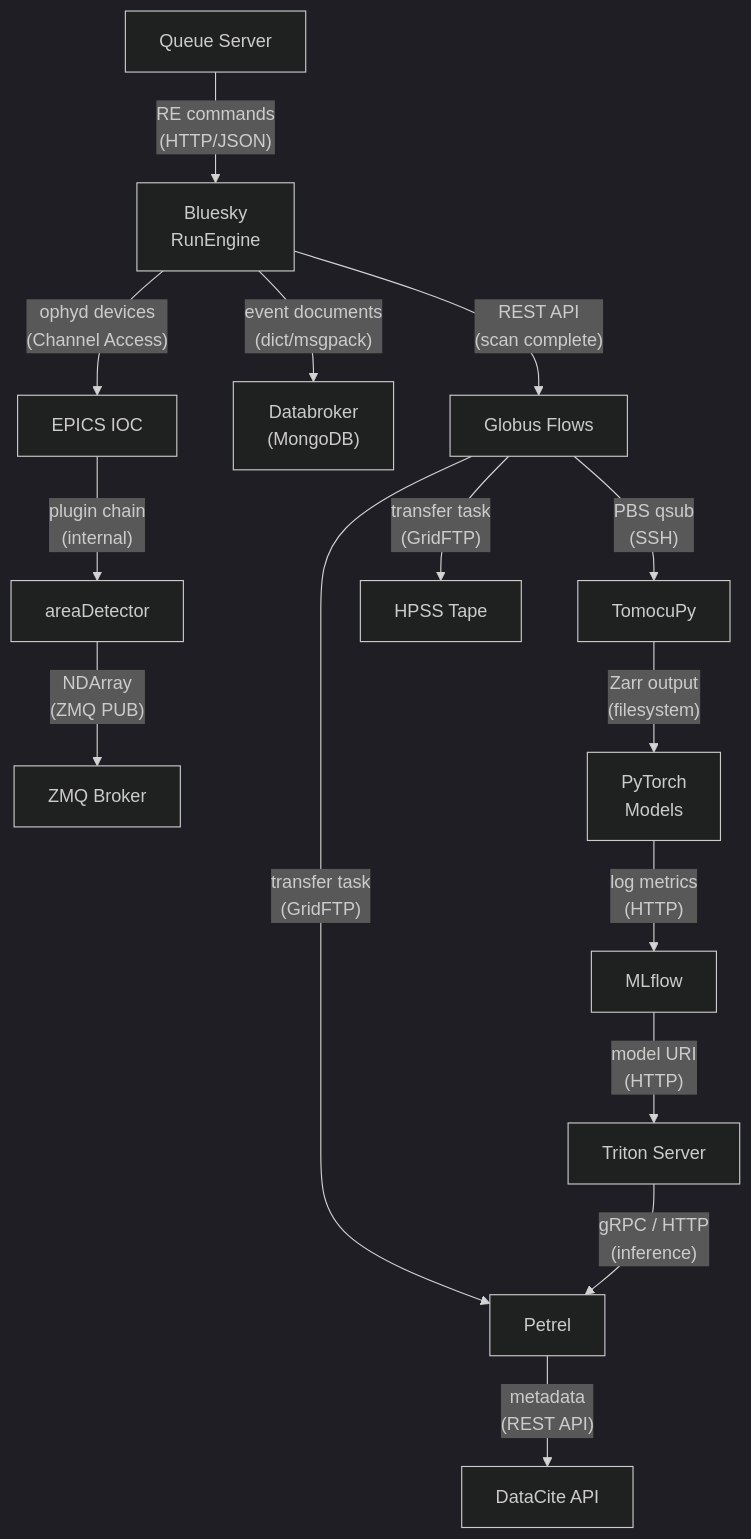
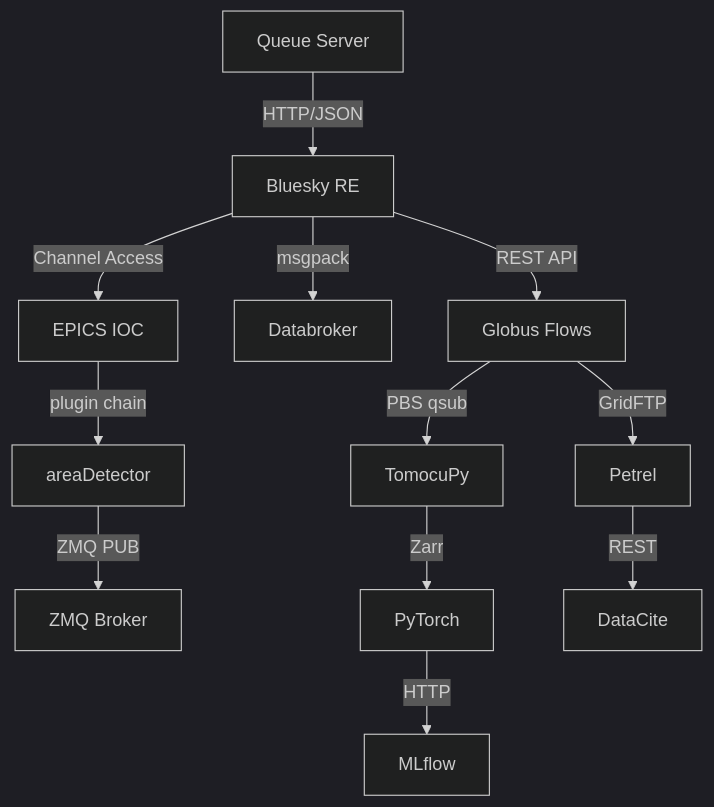
The third of 5 diagrams in 07_data_pipeline/architecture_diagram.md (Denny-Hwang/synchrotron-data-analysis-notes), drawn with Mermaid (dark theme) before and after one commit. The commit also changed other lines of this file and 17 other files, not shown here.

First line of the commit message:
feat: complete data structures EDA, update pipeline and tool notebooks

````diff
--- a/07_data_pipeline/architecture_diagram.md
+++ b/07_data_pipeline/architecture_diagram.md
@@ -109,32 +57,14 @@
 ```mermaid
 flowchart TB
-    EPICS["EPICS IOC"]
-    BLUESKY["Bluesky<br/>RunEngine"]
-    QSERVER["Queue Server"]
-    AD["areaDetector"]
-    DATABROKER["Databroker<br/>(MongoDB)"]
-    ZMQ["ZMQ Broker"]
-    GLOBUS_FLOWS["Globus Flows"]
-    TOMOCUPY["TomocuPy"]
-    PYTORCH["PyTorch<br/>Models"]
-    MLFLOW["MLflow"]
-    TRITON["Triton Server"]
-    PETREL["Petrel"]
-    HPSS["HPSS Tape"]
-    DATACITE["DataCite API"]
-
-    QSERVER -->|"RE commands<br/>(HTTP/JSON)"| BLUESKY
-    BLUESKY -->|"ophyd devices<br/>(Channel Access)"| EPICS
-    EPICS -->|"plugin chain<br/>(internal)"| AD
-    BLUESKY -->|"event documents<br/>(dict/msgpack)"| DATABROKER
-    AD -->|"NDArray<br/>(ZMQ PUB)"| ZMQ
-    BLUESKY -->|"REST API<br/>(scan complete)"| GLOBUS_FLOWS
-    GLOBUS_FLOWS -->|"transfer task<br/>(GridFTP)"| PETREL
-    GLOBUS_FLOWS -->|"transfer task<br/>(GridFTP)"| HPSS
-    GLOBUS_FLOWS -->|"PBS qsub<br/>(SSH)"| TOMOCUPY
-    TOMOCUPY -->|"Zarr output<br/>(filesystem)"| PYTORCH
-    MLFLOW -->|"model URI<br/>(HTTP)"| TRITON
-    PYTORCH -->|"log metrics<br/>(HTTP)"| MLFLOW
-    TRITON -->|"gRPC / HTTP<br/>(inference)"| PETREL
-    PETREL -->|"metadata<br/>(REST API)"| DATACITE
+    QS["Queue Server"] -->|"HTTP/JSON"| BS["Bluesky RE"]
+    BS -->|"Channel Access"| EP["EPICS IOC"]
+    EP -->|"plugin chain"| AD["areaDetector"]
+    BS -->|"msgpack"| DB["Databroker"]
+    AD -->|"ZMQ PUB"| ZM["ZMQ Broker"]
+    BS -->|"REST API"| GF["Globus Flows"]
+    GF -->|"GridFTP"| PT["Petrel"]
+    GF -->|"PBS qsub"| TC["TomocuPy"]
+    TC -->|"Zarr"| PY["PyTorch"]
+    PY -->|"HTTP"| ML["MLflow"]
+    PT -->|"REST"| DC["DataCite"]
 ```
````
